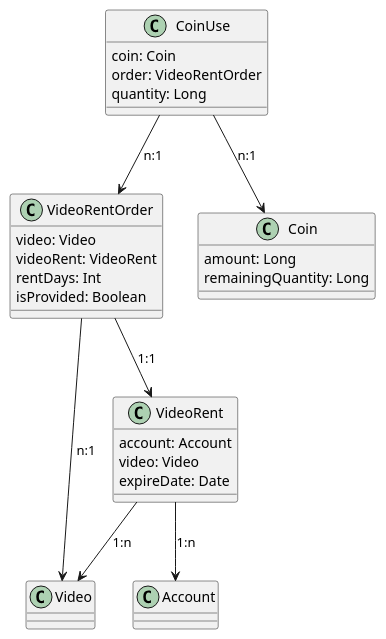
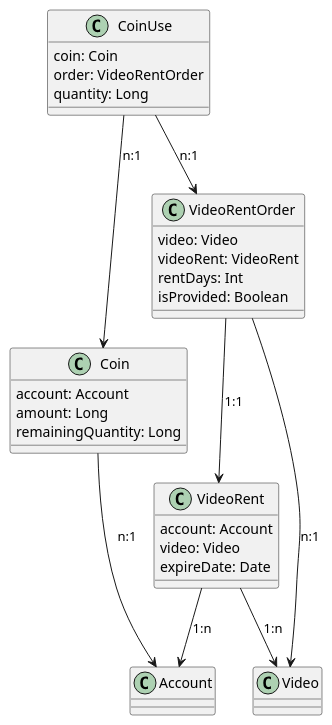
One commit to AYONC/videoshop changed the diagram in docs/design/rent_video/0_modeling.puml. Above: the diagram before and after it, drawn with PlantUML. The commit also changed 30 other files, not shown here.

```diff
--- a/docs/design/rent_video/0_modeling.puml
+++ b/docs/design/rent_video/0_modeling.puml
@@ -1,40 +1,43 @@
 @startuml
 
 class Video
 
 class Account
 
 class VideoRent {
     account: Account
     video: Video
     expireDate: Date
 }
 
 class VideoRentOrder {
     video: Video
     videoRent: VideoRent
     rentDays: Int
     isProvided: Boolean
 }
 
 class Coin {
+    account: Account
     amount: Long
     remainingQuantity: Long
 }
 
 class CoinUse {
     coin: Coin
     order: VideoRentOrder
     quantity: Long
 }
 
 VideoRent --> Video: 1:n
 VideoRent --> Account: 1:n
 
 VideoRentOrder --> Video: n:1
 VideoRentOrder --> VideoRent: 1:1
 
 CoinUse --> Coin: n:1
 CoinUse --> VideoRentOrder: n:1
 
+Coin -> Account: n:1
+
 @enduml
```
